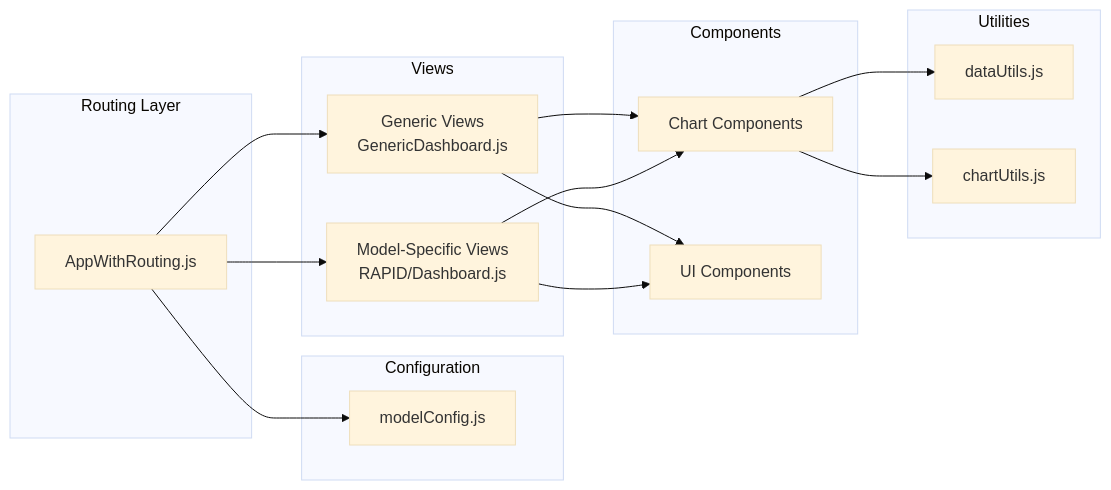
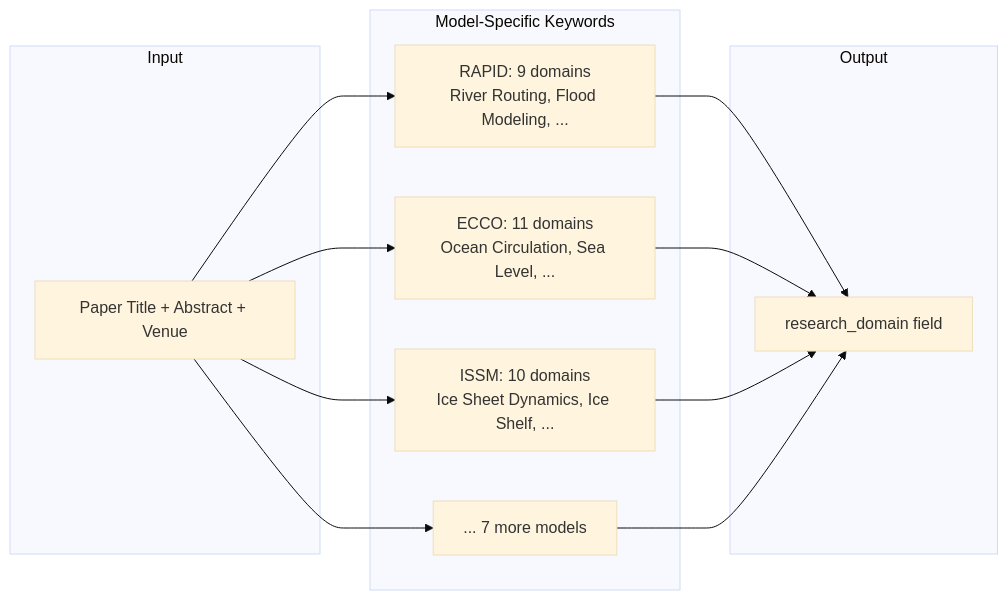
Before and after one commit to nasa-jpl/jeme: the second of 4 diagrams in HOW_IT_WORKS.md, drawn with Mermaid (base theme). The commit also changed other lines of this file and 39 other files, not shown here.

````diff
--- a/HOW_IT_WORKS.md
+++ b/HOW_IT_WORKS.md
@@ -56,35 +110,26 @@
 ```mermaid
 graph LR
-    subgraph "Routing Layer"
-        A[AppWithRouting.js]
+    subgraph "Input"
+        A[Paper Title + Abstract + Venue]
     end
-    
-    subgraph "Configuration"
-        B[modelConfig.js]
+
+    subgraph "Model-Specific Keywords"
+        B[RAPID: 9 domains<br/>River Routing, Flood Modeling, ...]
+        C[ECCO: 11 domains<br/>Ocean Circulation, Sea Level, ...]
+        D[ISSM: 10 domains<br/>Ice Sheet Dynamics, Ice Shelf, ...]
+        E[... 7 more models]
     end
-    
-    subgraph "Views"
-        C[Generic Views<br/>GenericDashboard.js]
-        D[Model-Specific Views<br/>RAPID/Dashboard.js]
+
+    subgraph "Output"
+        F[research_domain field]
     end
-    
-    subgraph "Components"
-        E[Chart Components]
-        F[UI Components]
-    end
-    
-    subgraph "Utilities"
-        G[dataUtils.js]
-        H[chartUtils.js]
-    end
-    
+
     A --> B
     A --> C
     A --> D
-    C --> E
-    D --> E
+    A --> E
+    B --> F
     C --> F
     D --> F
-    E --> G
-    E --> H
+    E --> F
 ```
````
